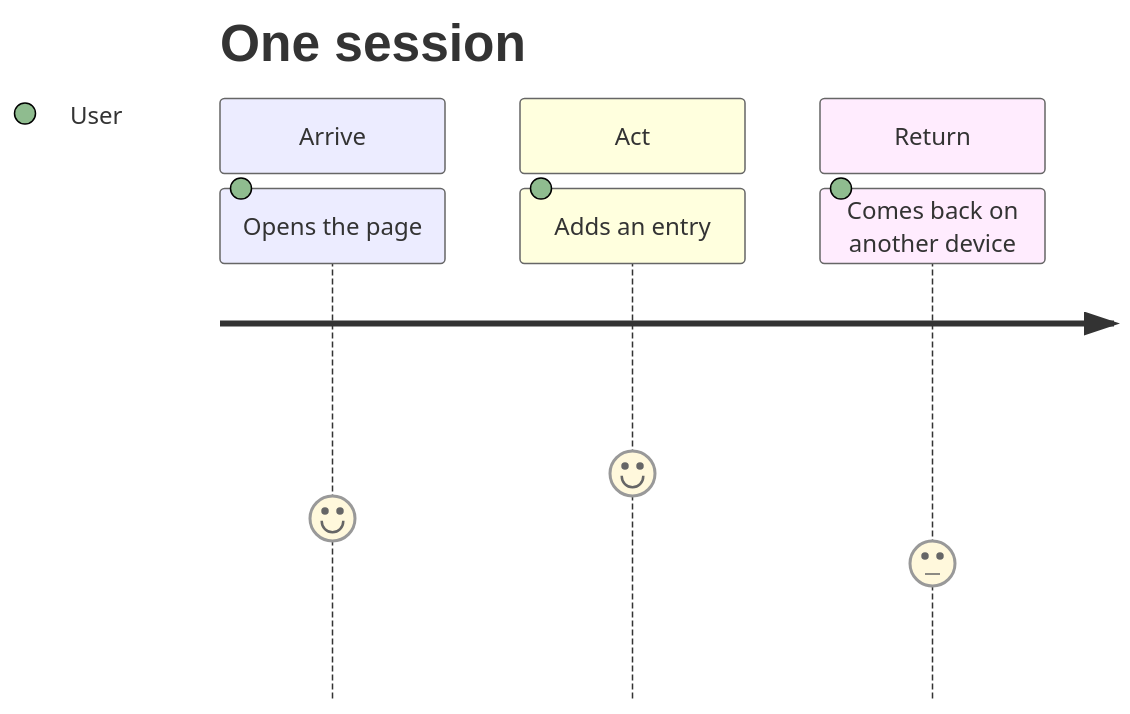
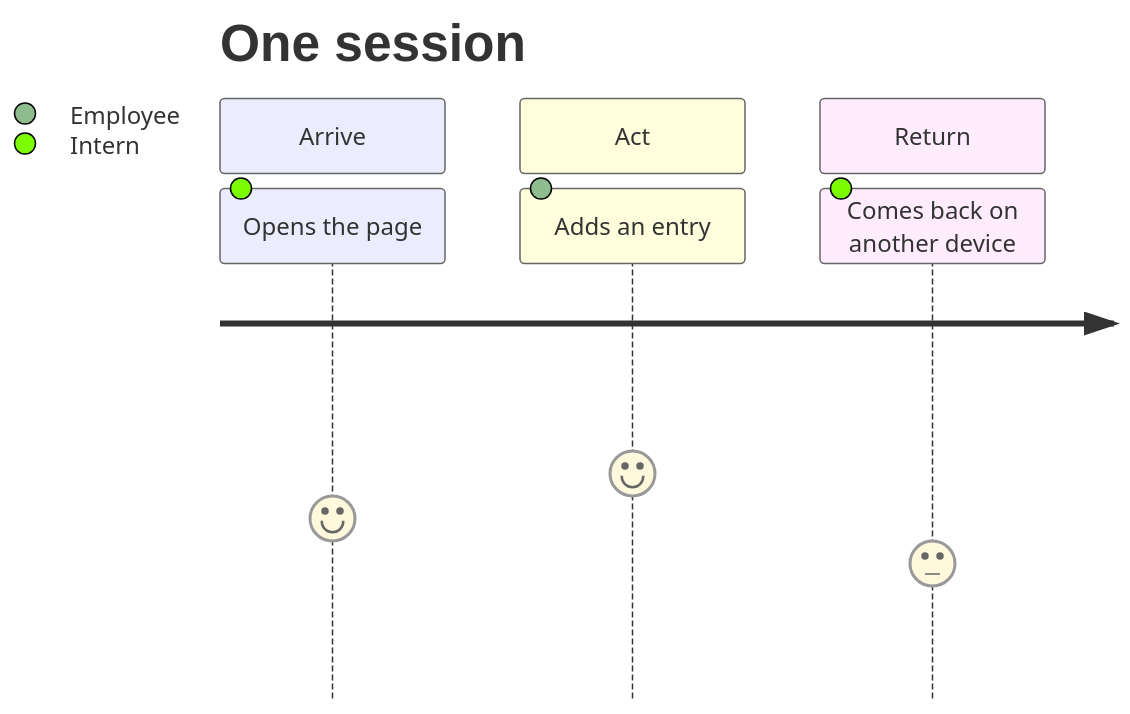
Before and after one commit to mehtaaashi05/mgt3745-hw4: the diagram in context/USERS.md, drawn with Mermaid. The commit also changed other lines of this file and 11 other files, not shown here.

````diff
--- a/context/USERS.md
+++ b/context/USERS.md
@@ -51,10 +56,10 @@
 ```mermaid
 journey
   title One session
   section Arrive
-    Opens the page: 4: User
+    Opens the page: 4: Intern
   section Act
-    Adds an entry: 5: User
+    Adds an entry: 5: Employee
   section Return
-    Comes back on another device: 3: User
+    Comes back on another device: 3: Intern
 ```
````
